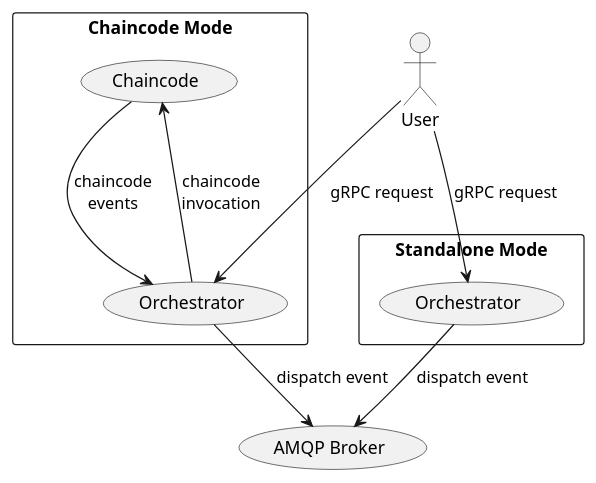
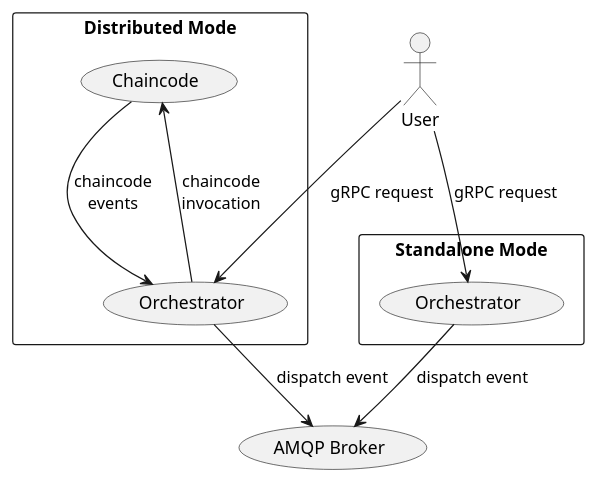
The diagram in docs/schemas/events.plantuml (Substra/orchestrator), drawn with PlantUML before and after one commit. The commit also changed 29 other files, not shown here.

Commit message:
refactor: rename chaincode to distributed (#93)

```diff
--- a/docs/schemas/events.plantuml
+++ b/docs/schemas/events.plantuml
@@ -1,24 +1,24 @@
 @startuml
 
 actor User as u
 
 rectangle "Standalone Mode" {
     usecase Orchestrator as s_or
 }
 
-rectangle "Chaincode Mode" {
+rectangle "Distributed Mode" {
     usecase Orchestrator as c_or
     usecase Chaincode as cc
 }
 
 u --> s_or : gRPC request
 u --> c_or : gRPC request
 
 c_or --> cc: chaincode\ninvocation
 
 s_or --> (AMQP Broker): dispatch event
 c_or --> (AMQP Broker): dispatch event
 
 cc -> c_or: chaincode\nevents
 
 @enduml
```
